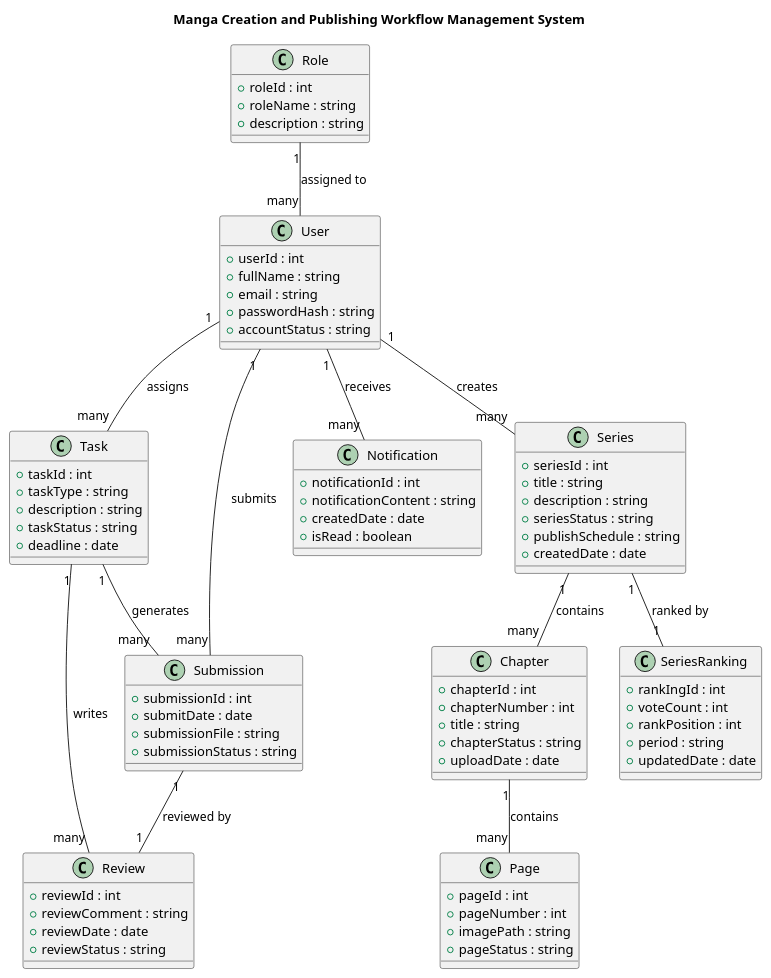
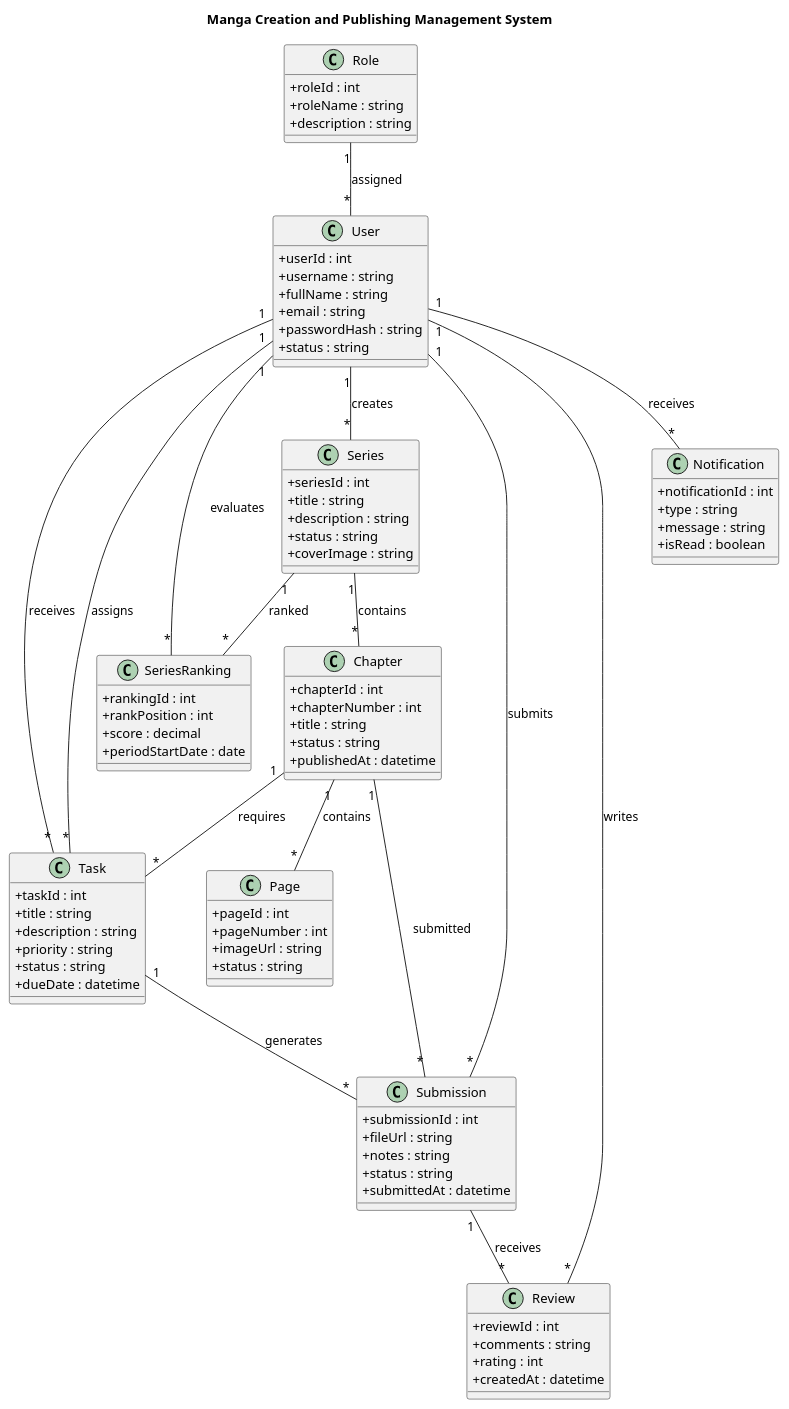
One commit to trongtan0079/Manga-publishing-management-system changed the diagram in UML/Class_Diagram.puml. Above: the diagram before and after it, drawn with PlantUML. The commit also changed 1 other file, not shown here.

Commit message:
cập nhật code planuml class và ERD

```diff
--- a/UML/Class_Diagram.puml
+++ b/UML/Class_Diagram.puml
@@ -1,91 +1,112 @@
 @startuml
-title Manga Creation and Publishing Workflow Management System
+
+title Manga Creation and Publishing Management System
+
+skinparam classAttributeIconSize 0
 
 class Role {
   +roleId : int
   +roleName : string
   +description : string
 }
 
 class User {
   +userId : int
+  +username : string
   +fullName : string
   +email : string
   +passwordHash : string
-  +accountStatus : string
-}
-
-class Task {
-  +taskId : int
-  +taskType : string
-  +description : string
-  +taskStatus : string
-  +deadline : date
-}
-
-class Submission {
-  +submissionId : int
-  +submitDate : date
-  +submissionFile : string
-  +submissionStatus : string
-}
-
-class Review {
-  +reviewId : int
-  +reviewComment : string
-  +reviewDate : date
-  +reviewStatus : string
-}
-
-class Notification {
-  +notificationId : int
-  +notificationContent : string
-  +createdDate : date
-  +isRead : boolean
+  +status : string
 }
 
 class Series {
   +seriesId : int
   +title : string
   +description : string
-  +seriesStatus : string
-  +publishSchedule : string
-  +createdDate : date
-}
-
-class SeriesRanking {
-  +rankIngId : int
-  +voteCount : int
-  +rankPosition : int
-  +period : string
-  +updatedDate : date
+  +status : string
+  +coverImage : string
 }
 
 class Chapter {
   +chapterId : int
   +chapterNumber : int
   +title : string
-  +chapterStatus : string
-  +uploadDate : date
+  +status : string
+  +publishedAt : datetime
 }
 
 class Page {
   +pageId : int
   +pageNumber : int
-  +imagePath : string
-  +pageStatus : string
+  +imageUrl : string
+  +status : string
 }
 
-Role "1" -- "many" User : assigned to
-User "1" -- "many" Series : creates
-Series "1" -- "1" SeriesRanking : ranked by
-Series "1" -- "many" Chapter : contains
-Chapter "1" -- "many" Page : contains
-User "1" -- "many" Submission : submits
-Submission "1" -- "1" Review : reviewed by
-User "1" -- "many" Task : assigns
-Task "1" -- "many" Submission : generates
-Task "1" -- "many" Review : writes
-User "1" -- "many" Notification : receives
+class Task {
+  +taskId : int
+  +title : string
+  +description : string
+  +priority : string
+  +status : string
+  +dueDate : datetime
+}
+
+class Submission {
+  +submissionId : int
+  +fileUrl : string
+  +notes : string
+  +status : string
+  +submittedAt : datetime
+}
+
+class Review {
+  +reviewId : int
+  +comments : string
+  +rating : int
+  +createdAt : datetime
+}
+
+class SeriesRanking {
+  +rankingId : int
+  +rankPosition : int
+  +score : decimal
+  +periodStartDate : date
+}
+
+class Notification {
+  +notificationId : int
+  +type : string
+  +message : string
+  +isRead : boolean
+}
+
+Role "1" -- "*" User : assigned
+
+User "1" -- "*" Series : creates
+
+Series "1" -- "*" Chapter : contains
+
+Chapter "1" -- "*" Page : contains
+
+Chapter "1" -- "*" Task : requires
+
+User "1" -- "*" Task : assigns
+User "1" -- "*" Task : receives
+
+Task "1" -- "*" Submission : generates
+
+Chapter "1" -- "*" Submission : submitted
+
+User "1" -- "*" Submission : submits
+
+Submission "1" -- "*" Review : receives
+
+User "1" -- "*" Review : writes
+
+Series "1" -- "*" SeriesRanking : ranked
+
+User "1" -- "*" SeriesRanking : evaluates
+
+User "1" -- "*" Notification : receives
 
 @enduml
```
